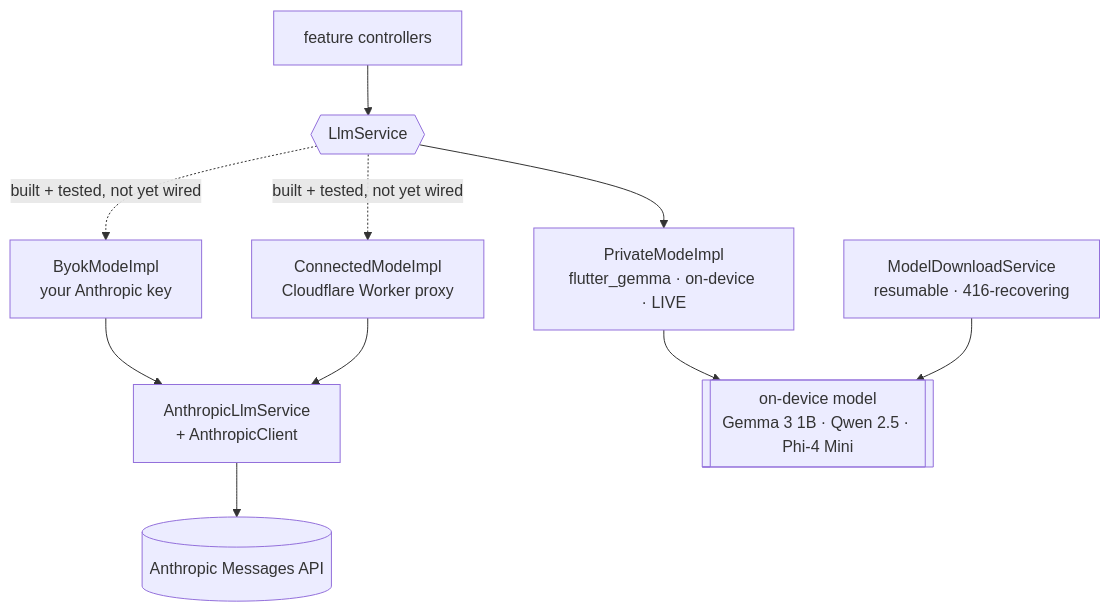
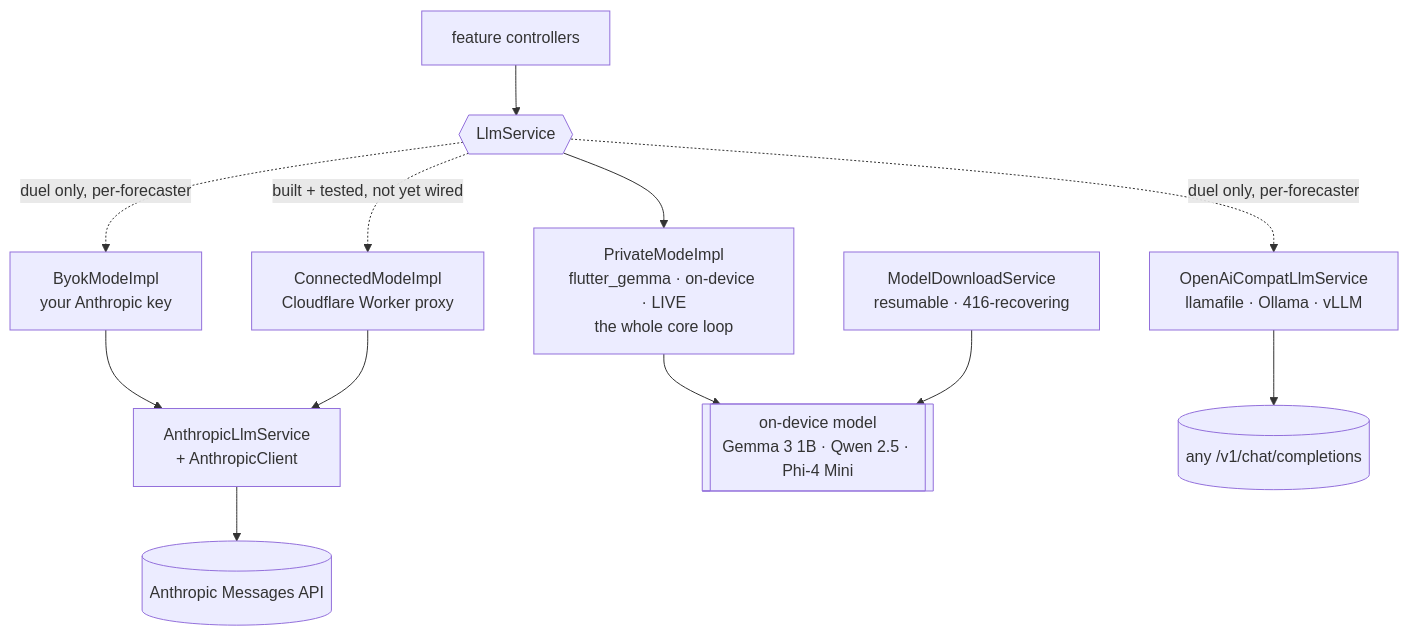
One commit to levitatingflyfisher/Reckon changed the third of 4 diagrams in docs/architecture/OVERVIEW.md. Above: the diagram before and after it, drawn with Mermaid. The commit also changed other lines of this file and 2 other files, not shown here.

First line of the commit message:
docs(reference): the exact-lookup docs catch up with schema v5 and the six-method LlmService

````diff
--- a/docs/architecture/OVERVIEW.md
+++ b/docs/architecture/OVERVIEW.md
@@ -89,12 +90,14 @@
 ```mermaid
 flowchart TB
     caller[feature controllers] --> svc{{LlmService}}
-    svc --> priv[PrivateModeImpl<br/>flutter_gemma · on-device · LIVE]
-    svc -. built + tested, not yet wired .-> byok[ByokModeImpl<br/>your Anthropic key]
+    svc --> priv[PrivateModeImpl<br/>flutter_gemma · on-device · LIVE<br/>the whole core loop]
+    svc -. duel only, per-forecaster .-> byok[ByokModeImpl<br/>your Anthropic key]
+    svc -. duel only, per-forecaster .-> oai[OpenAiCompatLlmService<br/>llamafile · Ollama · vLLM]
     svc -. built + tested, not yet wired .-> conn[ConnectedModeImpl<br/>Cloudflare Worker proxy]
     byok --> anth[AnthropicLlmService<br/>+ AnthropicClient]
     conn --> anth
     priv --> gemma[[on-device model<br/>Gemma 3 1B · Qwen 2.5 · Phi-4 Mini]]
     anth --> api[(Anthropic Messages API)]
+    oai --> oaiapi[(any /v1/chat/completions)]
     dl[ModelDownloadService<br/>resumable · 416-recovering] --> gemma
 ```
````
